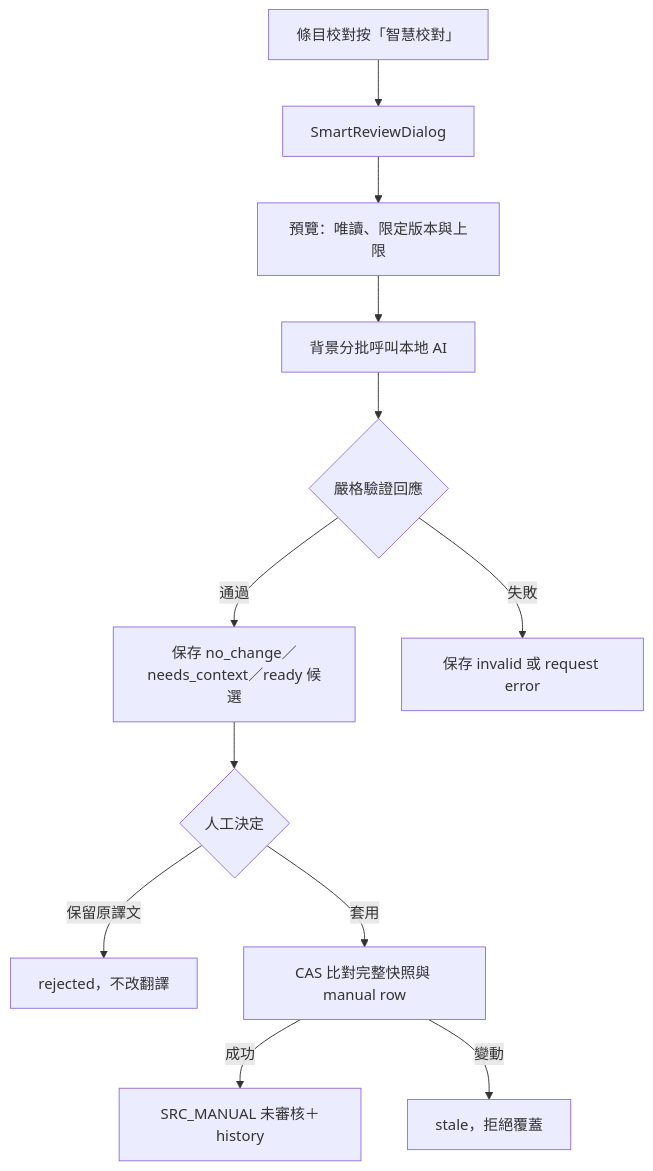
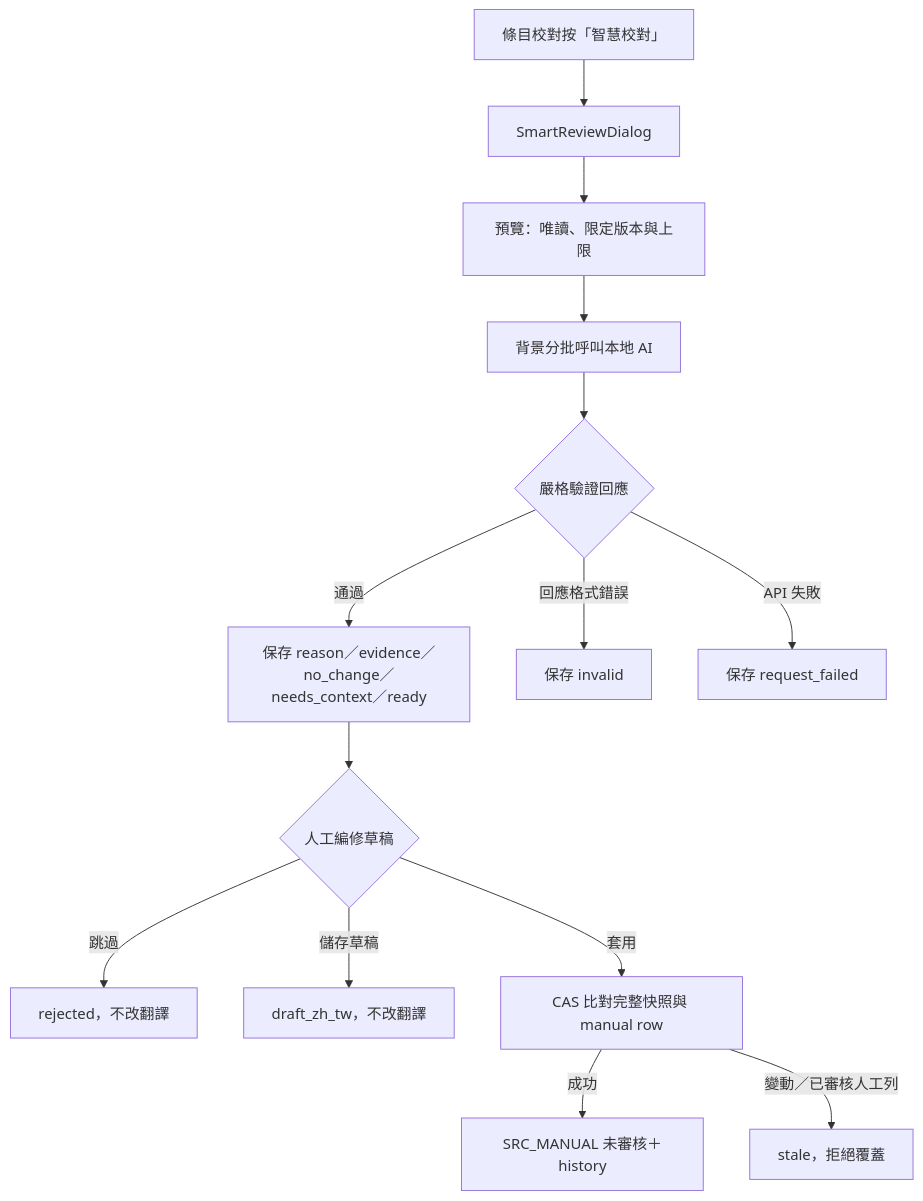
One commit to jlin53882/Minecraft-translate changed the fourth of 8 diagrams in docs/page_flows/moddb.md. Above: the diagram before and after it, drawn with Mermaid. The commit also changed other lines of this file and 14 other files, not shown here.

````diff
--- a/docs/page_flows/moddb.md
+++ b/docs/page_flows/moddb.md
@@ -100,14 +100,16 @@
 ```mermaid
 flowchart TD
     A[條目校對按「智慧校對」] --> B[SmartReviewDialog]
     B --> C[預覽：唯讀、限定版本與上限]
     C --> D[背景分批呼叫本地 AI]
     D --> E{嚴格驗證回應}
-    E -- 通過 --> F[保存 no_change／needs_context／ready 候選]
-    E -- 失敗 --> G[保存 invalid 或 request error]
-    F --> H{人工決定}
-    H -- 保留原譯文 --> I[rejected，不改翻譯]
-    H -- 套用 --> J[CAS 比對完整快照與 manual row]
-    J -- 成功 --> K[SRC_MANUAL 未審核＋history]
-    J -- 變動 --> L[stale，拒絕覆蓋]
+    E -- 通過 --> F[保存 reason／evidence／no_change／needs_context／ready]
+    E -- 回應格式錯誤 --> G[保存 invalid]
+    E -- API 失敗 --> H[保存 request_failed]
+    F --> I{人工編修草稿}
+    I -- 跳過 --> J[rejected，不改翻譯]
+    I -- 儲存草稿 --> K[draft_zh_tw，不改翻譯]
+    I -- 套用 --> L[CAS 比對完整快照與 manual row]
+    L -- 成功 --> M[SRC_MANUAL 未審核＋history]
+    L -- 變動／已審核人工列 --> N[stale，拒絕覆蓋]
 ```
````
